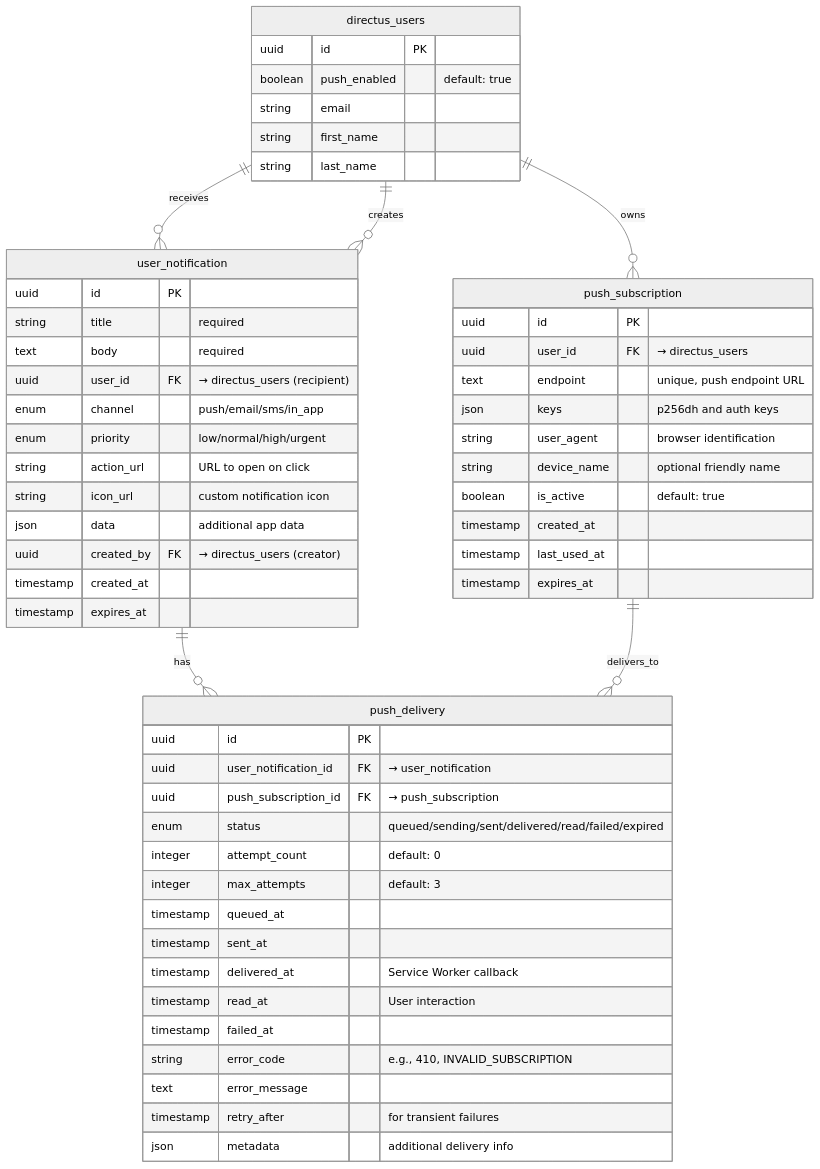
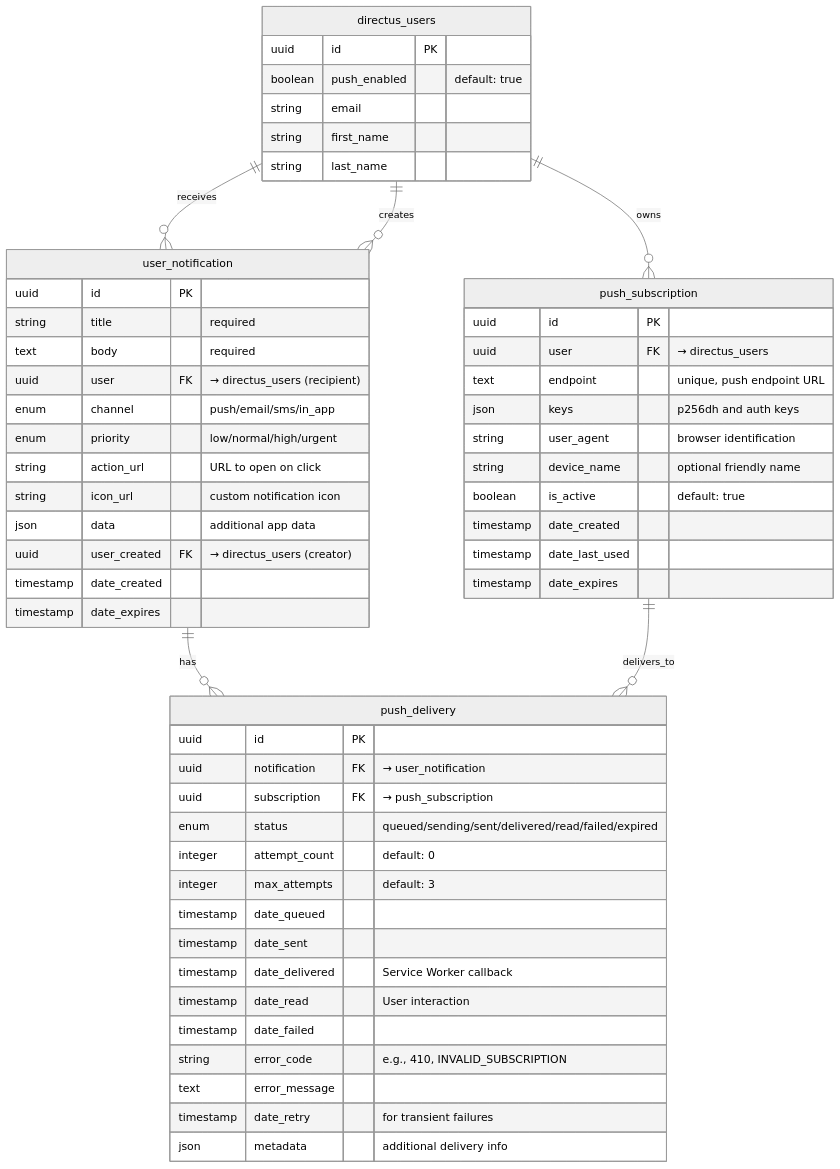
One commit to devix-tecnologia/directus-extension-push-notification changed the diagram in CONTRIBUTING.md. Above: the diagram before and after it, drawn with Mermaid (neutral theme). The commit also changed other lines of this file and 21 other files, not shown here.

````diff
--- a/CONTRIBUTING.md
+++ b/CONTRIBUTING.md
@@ -400,62 +400,62 @@
 ```mermaid
 erDiagram
     directus_users ||--o{ push_subscription : "owns"
     directus_users ||--o{ user_notification : "receives"
     directus_users ||--o{ user_notification : "creates"
     user_notification ||--o{ push_delivery : "has"
     push_subscription ||--o{ push_delivery : "delivers_to"
 
     directus_users {
         uuid id PK
         boolean push_enabled "default: true"
         string email
         string first_name
         string last_name
     }
 
     push_subscription {
         uuid id PK
-        uuid user_id FK "→ directus_users"
+        uuid user FK "→ directus_users"
         text endpoint "unique, push endpoint URL"
         json keys "p256dh and auth keys"
         string user_agent "browser identification"
         string device_name "optional friendly name"
         boolean is_active "default: true"
-        timestamp created_at
-        timestamp last_used_at
-        timestamp expires_at
+        timestamp date_created
+        timestamp date_last_used
+        timestamp date_expires
     }
 
     user_notification {
         uuid id PK
         string title "required"
         text body "required"
-        uuid user_id FK "→ directus_users (recipient)"
+        uuid user FK "→ directus_users (recipient)"
         enum channel "push/email/sms/in_app"
         enum priority "low/normal/high/urgent"
         string action_url "URL to open on click"
         string icon_url "custom notification icon"
         json data "additional app data"
-        uuid created_by FK "→ directus_users (creator)"
-        timestamp created_at
-        timestamp expires_at
+        uuid user_created FK "→ directus_users (creator)"
+        timestamp date_created
+        timestamp date_expires
     }
 
     push_delivery {
         uuid id PK
-        uuid user_notification_id FK "→ user_notification"
-        uuid push_subscription_id FK "→ push_subscription"
+        uuid notification FK "→ user_notification"
+        uuid subscription FK "→ push_subscription"
         enum status "queued/sending/sent/delivered/read/failed/expired"
         integer attempt_count "default: 0"
         integer max_attempts "default: 3"
-        timestamp queued_at
-        timestamp sent_at
-        timestamp delivered_at "Service Worker callback"
-        timestamp read_at "User interaction"
-        timestamp failed_at
+        timestamp date_queued
+        timestamp date_sent
+        timestamp date_delivered "Service Worker callback"
+        timestamp date_read "User interaction"
+        timestamp date_failed
         string error_code "e.g., 410, INVALID_SUBSCRIPTION"
         text error_message
-        timestamp retry_after "for transient failures"
+        timestamp date_retry "for transient failures"
         json metadata "additional delivery info"
     }
 ```
````
